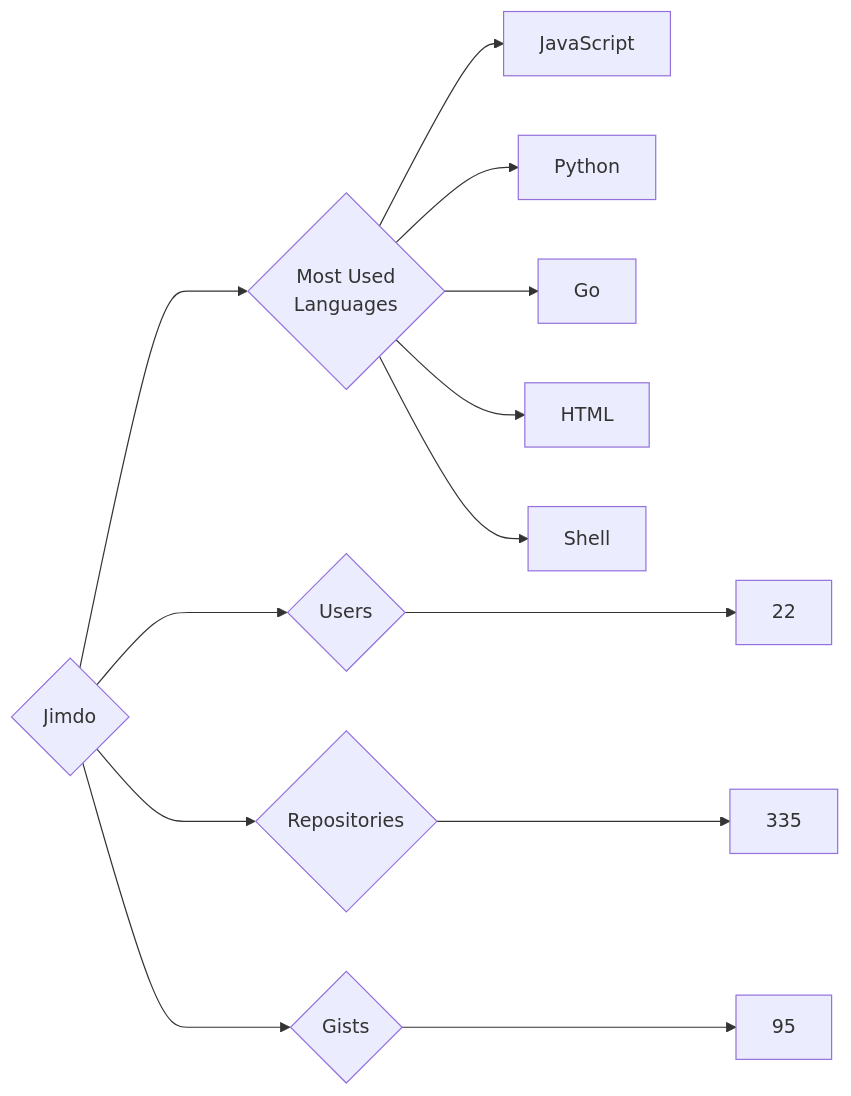
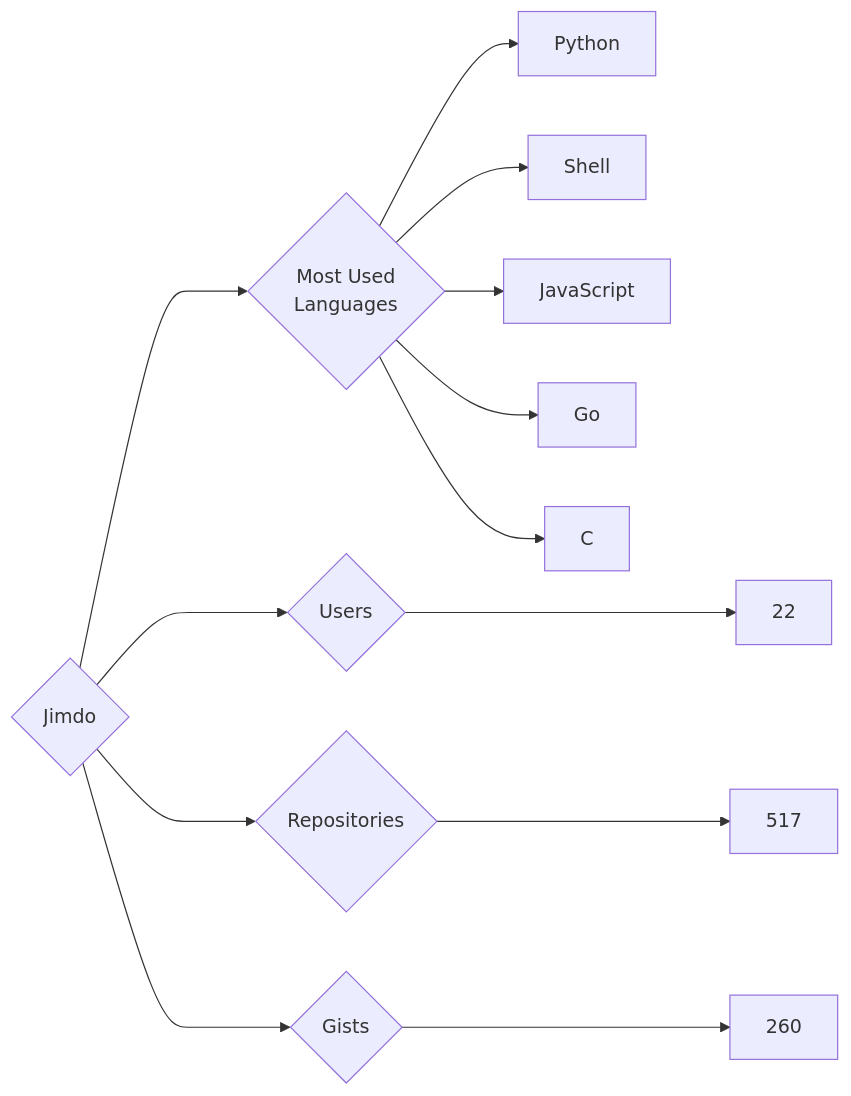
Before and after one commit to trickest/insiders: the diagram in targets/Jimdo/README.md, drawn with Mermaid. The commit also changed 773 other files, not shown here.

````diff
--- a/targets/Jimdo/README.md
+++ b/targets/Jimdo/README.md
@@ -3,13 +3,13 @@
 ```mermaid
 graph LR
 COMPANY_NAME{Jimdo}
 COMPANY_NAME ---> U{Users} ---> UN[22]
-COMPANY_NAME ---> R{Repositories} ---> RN[335]
-COMPANY_NAME ---> G{Gists} ---> GN[95]
+COMPANY_NAME ---> R{Repositories} ---> RN[517]
+COMPANY_NAME ---> G{Gists} ---> GN[260]
 COMPANY_NAME ---> ML{Most Used<br>Languages}
+ML --> Python[Python]
+ML --> Shell[Shell]
 ML --> JavaScript[JavaScript]
-ML --> Python[Python]
 ML --> Go[Go]
-ML --> HTML[HTML]
-ML --> Shell[Shell]
+ML --> C[C]
 ```
````
